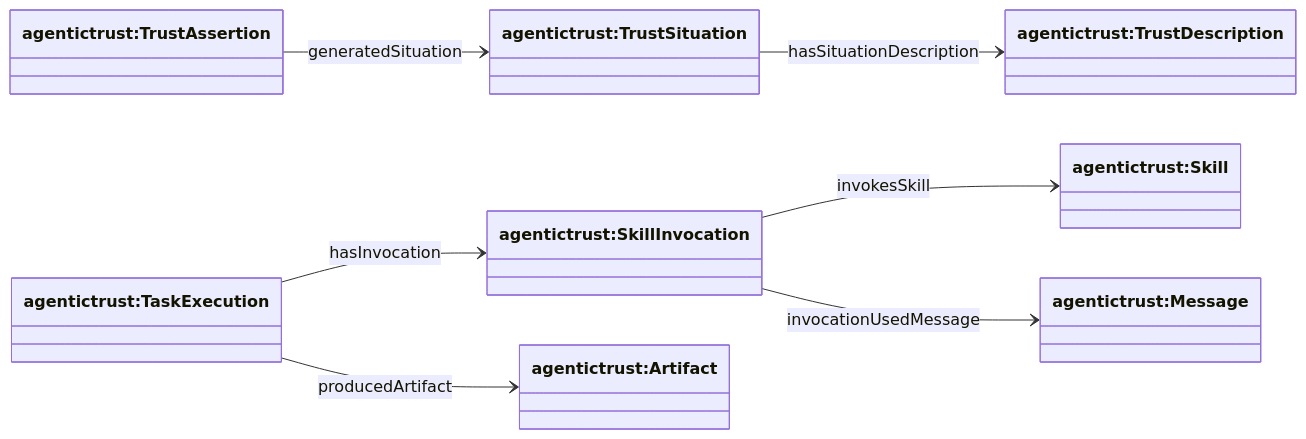
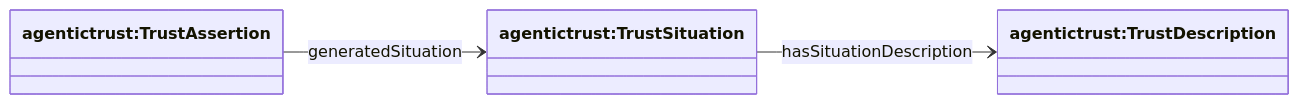
One commit to Agentic-Trust-Layer/agent-explorer changed the third of 5 diagrams in docs/ontology/situation.md. Above: the diagram before and after it, drawn with Mermaid. The commit also changed other lines of this file and 1 other file, not shown here.

````diff
--- a/docs/ontology/situation.md
+++ b/docs/ontology/situation.md
@@ -45,21 +116,11 @@
 ```mermaid
 classDiagram
 direction LR
 
 class TrustDescription["agentictrust:TrustDescription"]
 class TrustSituation["agentictrust:TrustSituation"]
 class TrustAssertion["agentictrust:TrustAssertion"]
-class TaskExecution["agentictrust:TaskExecution"]
-class SkillInvocation["agentictrust:SkillInvocation"]
-class Skill["agentictrust:Skill"]
-class Message["agentictrust:Message"]
-class Artifact["agentictrust:Artifact"]
 
 TrustSituation --> TrustDescription : hasSituationDescription
 TrustAssertion --> TrustSituation : generatedSituation
-
-TaskExecution --> SkillInvocation : hasInvocation
-SkillInvocation --> Skill : invokesSkill
-SkillInvocation --> Message : invocationUsedMessage
-TaskExecution --> Artifact : producedArtifact
 ```
````
